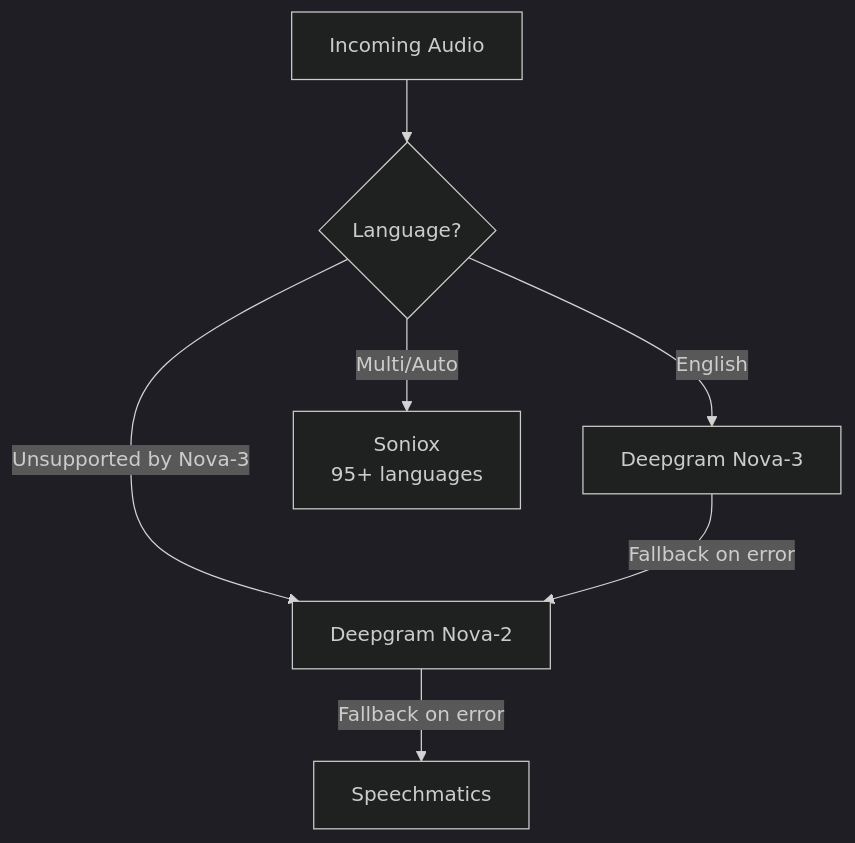
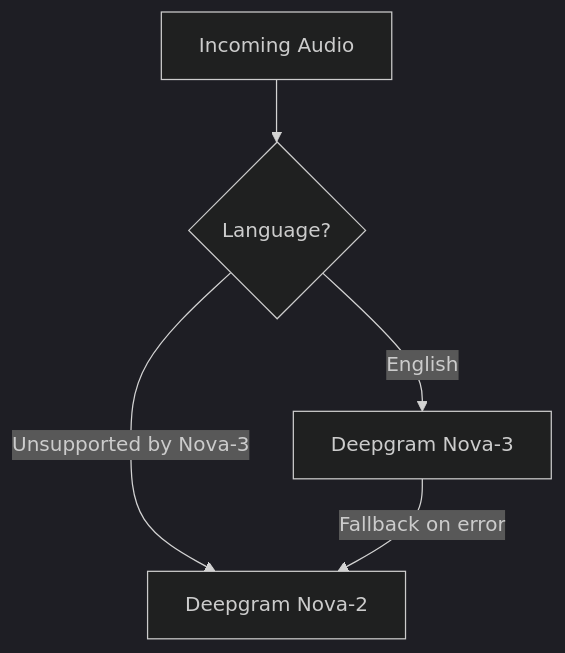
One commit to DG303/omi changed the second of 5 diagrams in docs/doc/developer/backend/transcription.mdx. Above: the diagram before and after it, drawn with Mermaid (dark theme). The commit also changed other lines of this file, not shown here.

````diff
--- a/docs/doc/developer/backend/transcription.mdx
+++ b/docs/doc/developer/backend/transcription.mdx
@@ -159,9 +155,7 @@
 ```mermaid
 flowchart TD
     Start[Incoming Audio] --> Lang{Language?}
     Lang -->|English| DG3[Deepgram Nova-3]
-    Lang -->|Multi/Auto| Soniox[Soniox<br/>95+ languages]
     Lang -->|Unsupported by Nova-3| DG2[Deepgram Nova-2]
     DG3 -->|Fallback on error| DG2
-    DG2 -->|Fallback on error| SM[Speechmatics]
 ```
````
